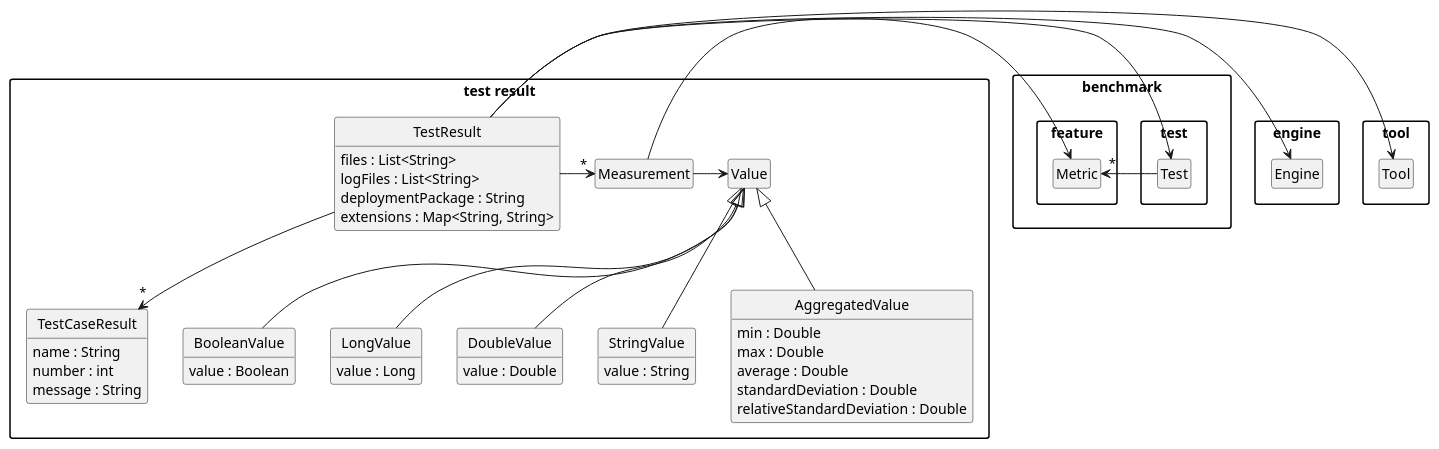
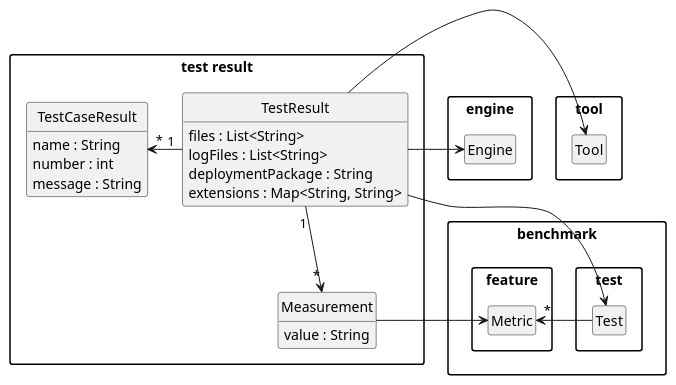
One commit to uniba-dsg/betsy changed the diagram in pebl/doc/result-test-result.puml. Above: the diagram before and after it, drawn with PlantUML. The commit also changed 28 other files, not shown here.

```diff
--- a/pebl/doc/result-test-result.puml
+++ b/pebl/doc/result-test-result.puml
@@ -1,80 +1,60 @@
 @startuml
 
 package "benchmark" {
 
 package "test" {
    class Test
 }
 
 package "feature" {
   class Metric
 }
 }
 
 package "engine" {
 
 	class Engine
 
 }
 
 package "tool" {
 
 	class Tool
 }
 
 package "test result" {
 
 	class TestResult {
 	     files : List<String>
 	     logFiles : List<String>
 	     deploymentPackage : String
 		extensions : Map<String, String>
 	}
 
 	class TestCaseResult {
 		name : String
 		number : int
 		message : String
 	}
 
-	class Measurement
-
-	class Value
-	class BooleanValue extends Value {
-	  value : Boolean
-	}
-	class LongValue extends Value {
-	  value : Long
-	}
-	class DoubleValue extends Value {
-    	  value : Double
-    	}
-	class StringValue extends Value {
-	value : String
-	}
-	class AggregatedValue extends Value {
-	min : Double
-	max : Double
-	average : Double
-	standardDeviation : Double
-	relativeStandardDeviation : Double
+	class Measurement {
+	   value : String
 	}
 }
-Measurement -> Value
-TestResult -->"*" TestCaseResult
+TestResult "1"-left->"*" TestCaseResult
 
 TestResult -> Test
 TestResult -> Engine
 TestResult -> Tool
-TestResult ->"*" Measurement
+TestResult "1"-down->"*" Measurement
 Measurement -> Metric
 Test ->"*" Metric
 
 hide empty members
 hide empty methods
 hide circle
 
 skinparam monochrome true
 skinparam shadowing false
 skinparam packageStyle rect
 @enduml
```
